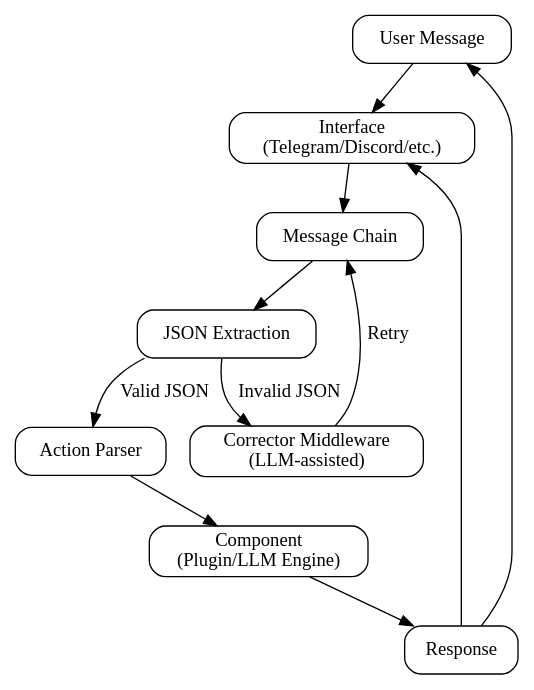
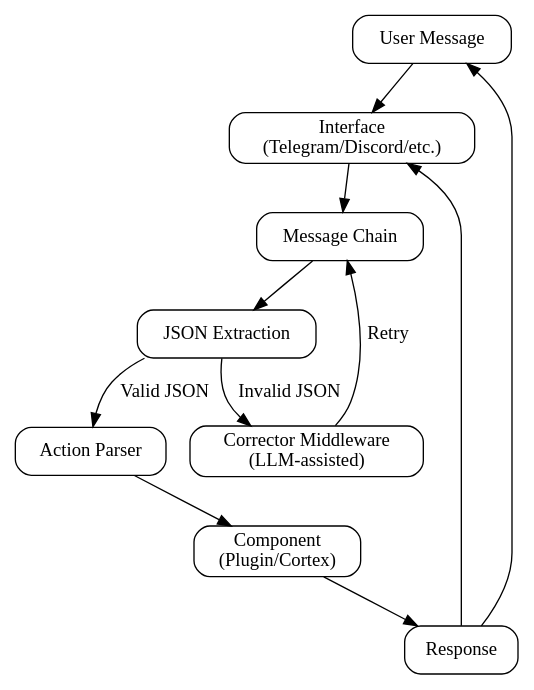
One commit to XargonWan/Synthetic_Heart changed the diagram in docs/architecture.rst. Above: the diagram before and after it, drawn with Graphviz. The commit also changed other lines of this file and 18 other files, not shown here.

First line of the commit message:
docs(wiki): Refactor documentation and engine architecture

```diff
--- a/docs/architecture.rst
+++ b/docs/architecture.rst
@@ -83,27 +83,27 @@
 .. graphviz::
 
    digraph message_flow {
        rankdir=TB;
        node [shape=box, style=rounded];
        
        User [label="User Message"];
        Interface [label="Interface\n(Telegram/Discord/etc.)"];
        MessageChain [label="Message Chain"];
        JSONExtract [label="JSON Extraction"];
        ActionParser [label="Action Parser"];
-       Component [label="Component\n(Plugin/LLM Engine)"];
+       Component [label="Component\n(Plugin/Cortex)"]; 
        Response [label="Response"];
        
        User -> Interface;
        Interface -> MessageChain;
        MessageChain -> JSONExtract;
        JSONExtract -> ActionParser [label="Valid JSON"];
        JSONExtract -> Corrector [label="Invalid JSON"];
        Corrector -> MessageChain [label="Retry"];
        ActionParser -> Component;
        Component -> Response;
        Response -> Interface;
        Response -> User;
        
        Corrector [label="Corrector Middleware\n(LLM-assisted)"];
    }
```
